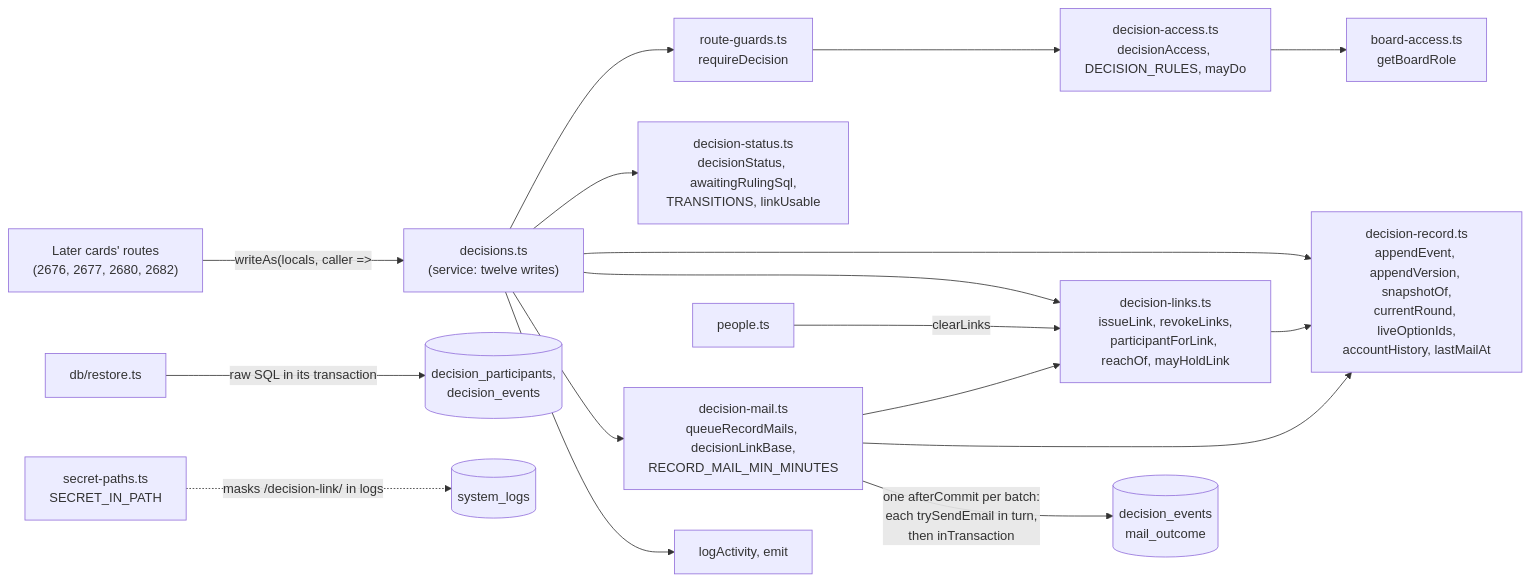
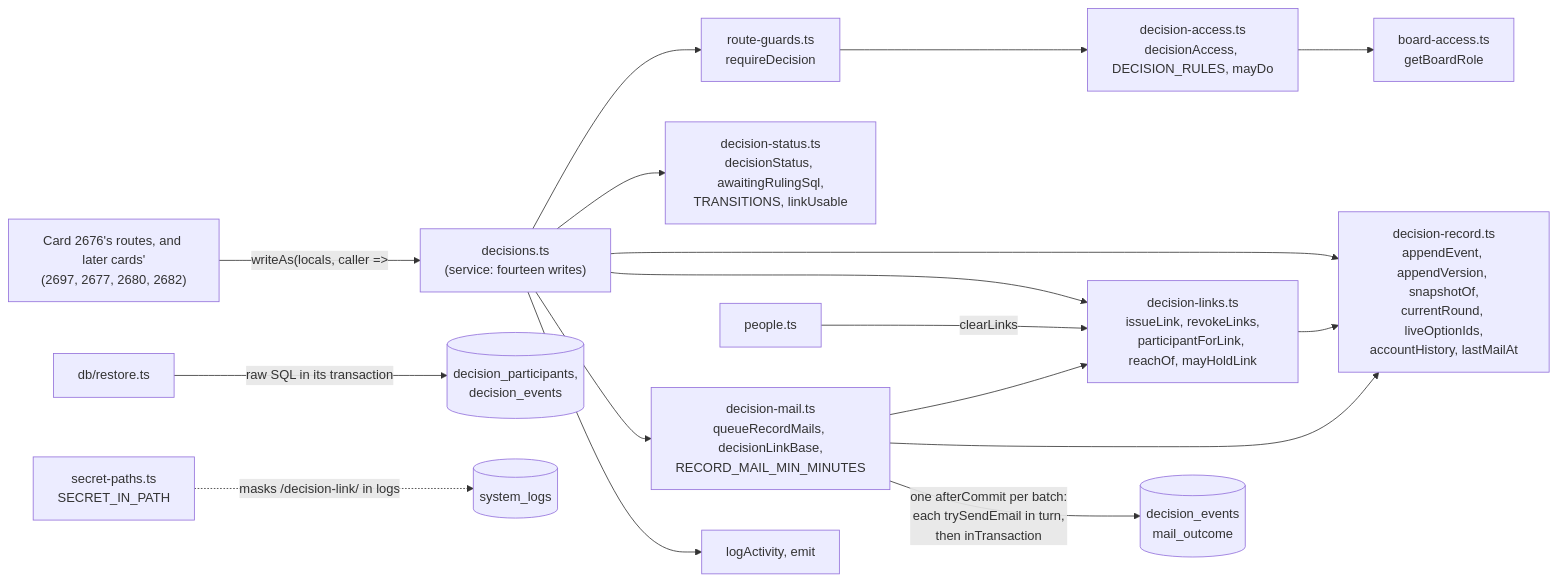
Before and after one commit to gitBoon/DumpFire: diagram 20 of 47 in docs/architecture.md, drawn with Mermaid. The commit also changed other lines of this file and 42 other files, not shown here.

````diff
--- a/docs/architecture.md
+++ b/docs/architecture.md
@@ -1199,19 +1200,19 @@
 ```mermaid
 flowchart LR
-    Routes["Later cards' routes<br/>(2676, 2677, 2680, 2682)"] -->|"writeAs(locals, caller =>"| Svc["decisions.ts<br/>(service: twelve writes)"]
+    Routes["Card 2676's routes, and later cards'<br/>(2697, 2677, 2680, 2682)"] -->|"writeAs(locals, caller =>"| Svc["decisions.ts<br/>(service: fourteen writes)"]
     Svc --> Guard["route-guards.ts<br/>requireDecision"]
     Guard --> Acc["decision-access.ts<br/>decisionAccess, DECISION_RULES, mayDo"]
     Acc --> BA["board-access.ts<br/>getBoardRole"]
     Svc --> St["decision-status.ts<br/>decisionStatus, awaitingRulingSql,<br/>TRANSITIONS, linkUsable"]
     Svc --> Rec["decision-record.ts<br/>appendEvent, appendVersion, snapshotOf,<br/>currentRound, liveOptionIds,<br/>accountHistory, lastMailAt"]
     Svc --> Lk["decision-links.ts<br/>issueLink, revokeLinks,<br/>participantForLink, reachOf, mayHoldLink"]
     Svc --> Ml["decision-mail.ts<br/>queueRecordMails, decisionLinkBase,<br/>RECORD_MAIL_MIN_MINUTES"]
     Svc --> Act["logActivity, emit"]
     Lk --> Rec
     Ml --> Lk
     Ml --> Rec
     Ml -->|"one afterCommit per batch:<br/>each trySendEmail in turn,<br/>then inTransaction"| Out[("decision_events<br/>mail_outcome")]
     People["people.ts"] -->|"clearLinks"| Lk
     Restore["db/restore.ts"] -->|"raw SQL in its transaction"| DP[("decision_participants,<br/>decision_events")]
     Gate["secret-paths.ts<br/>SECRET_IN_PATH"] -.->|"masks /decision-link/ in logs"| Log[("system_logs")]
 ```
````
